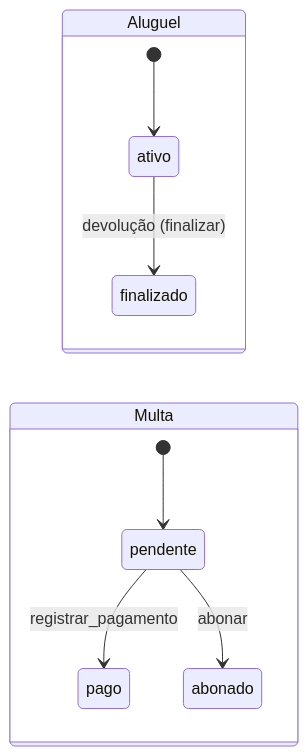
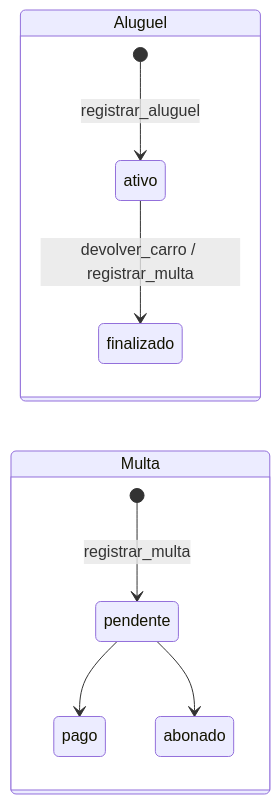
One commit to Luizzzz28/PI---EasyCar_Luiz-Barbiana-Yandra changed the fifth of 7 diagrams in docs/banco-de-producao.md. Above: the diagram before and after it, drawn with Mermaid. The commit also changed other lines of this file and 26 other files, not shown here.

````diff
--- a/docs/banco-de-producao.md
+++ b/docs/banco-de-producao.md
@@ -143,13 +173,13 @@
 ```mermaid
 stateDiagram-v2
     direction LR
     state "Aluguel" as A {
-        [*] --> ativo
-        ativo --> finalizado: devolução (finalizar)
+        [*] --> ativo: registrar_aluguel
+        ativo --> finalizado: devolver_carro / registrar_multa
     }
     state "Multa" as M {
-        [*] --> pendente
-        pendente --> pago: registrar_pagamento
-        pendente --> abonado: abonar
+        [*] --> pendente: registrar_multa
+        pendente --> pago
+        pendente --> abonado
     }
 ```
````
